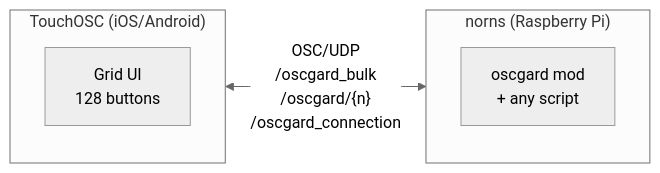
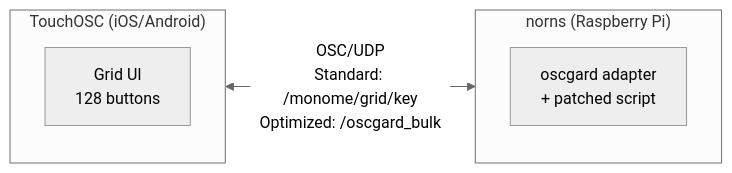
The first of 2 diagrams in docs/SPEC.md (ilatovsky/toga), drawn with Mermaid (neutral theme) before and after one commit. The commit also changed other lines of this file and 13 other files, not shown here.

````diff
--- a/docs/SPEC.md
+++ b/docs/SPEC.md
@@ -30,12 +42,12 @@
 ```mermaid
 flowchart LR
     subgraph TouchOSC["TouchOSC (iOS/Android)"]
         UI["Grid UI<br/>128 buttons"]
     end
     
     subgraph norns["norns (Raspberry Pi)"]
-        Mod["oscgard mod<br/>+ any script"]
+        Mod["oscgard adapter<br/>+ patched script"]
     end
     
-    TouchOSC <-->|"OSC/UDP<br/>/oscgard_bulk<br/>/oscgard/{n}<br/>/oscgard_connection"| norns
+    TouchOSC <-->|"OSC/UDP<br/>Standard: /monome/grid/key<br/>Optimized: /oscgard_bulk"| norns
 ```
````
